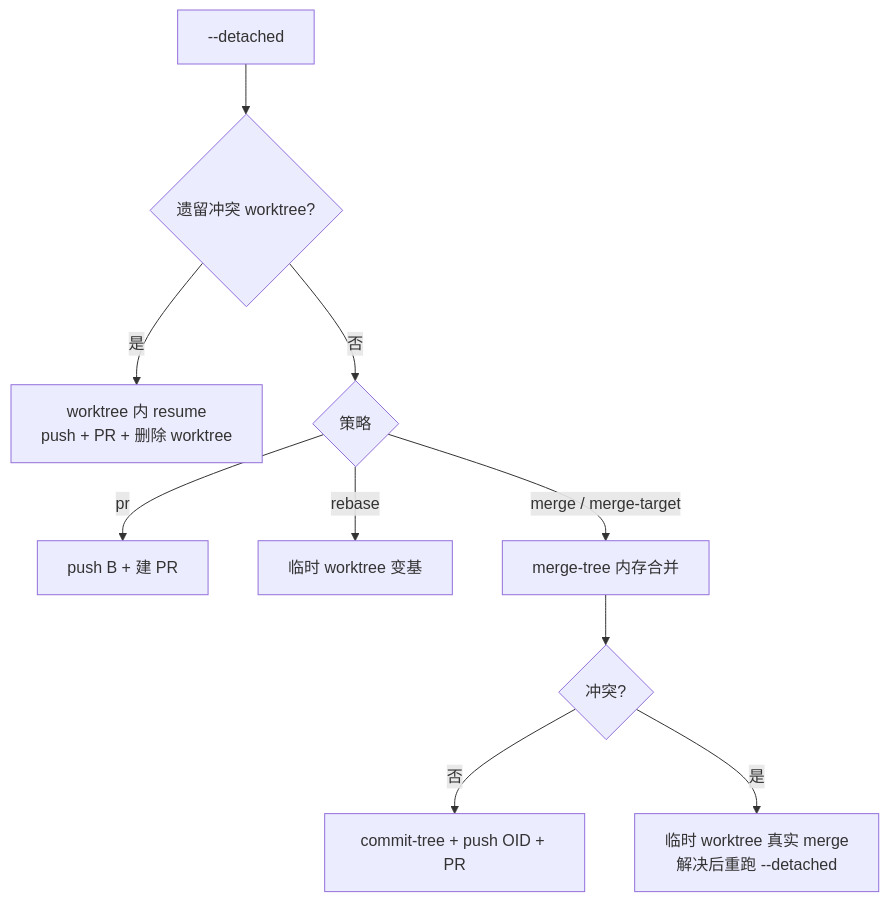
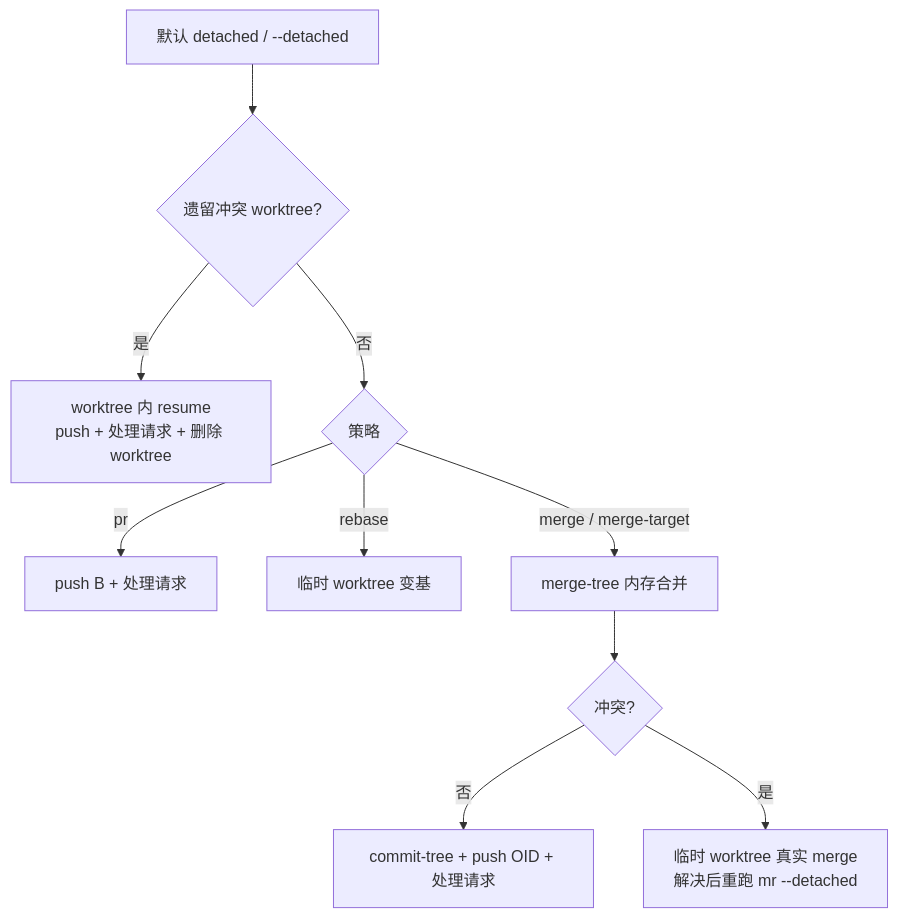
Before and after one commit to JUNERDD/mr: the second of 2 diagrams in README.md, drawn with Mermaid. The commit also changed other lines of this file and 31 other files, not shown here.

````diff
--- a/README.md
+++ b/README.md
@@ -233,12 +291,12 @@
 ```mermaid
 flowchart TD
-  D0["--detached"] --> D1{"遗留冲突 worktree?"}
-  D1 -- "是" --> D2["worktree 内 resume<br/>push + PR + 删除 worktree"]
+  D0["默认 detached / --detached"] --> D1{"遗留冲突 worktree?"}
+  D1 -- "是" --> D2["worktree 内 resume<br/>push + 处理请求 + 删除 worktree"]
   D1 -- "否" --> D3{"策略"}
-  D3 -- "pr" --> D4["push B + 建 PR"]
+  D3 -- "pr" --> D4["push B + 处理请求"]
   D3 -- "rebase" --> D5["临时 worktree 变基"]
   D3 -- "merge / merge-target" --> D6["merge-tree 内存合并"]
   D6 --> D7{"冲突?"}
-  D7 -- "否" --> D8["commit-tree + push OID + PR"]
-  D7 -- "是" --> D9["临时 worktree 真实 merge<br/>解决后重跑 --detached"]
+  D7 -- "否" --> D8["commit-tree + push OID + 处理请求"]
+  D7 -- "是" --> D9["临时 worktree 真实 merge<br/>解决后重跑 mr --detached"]
 ```
````
